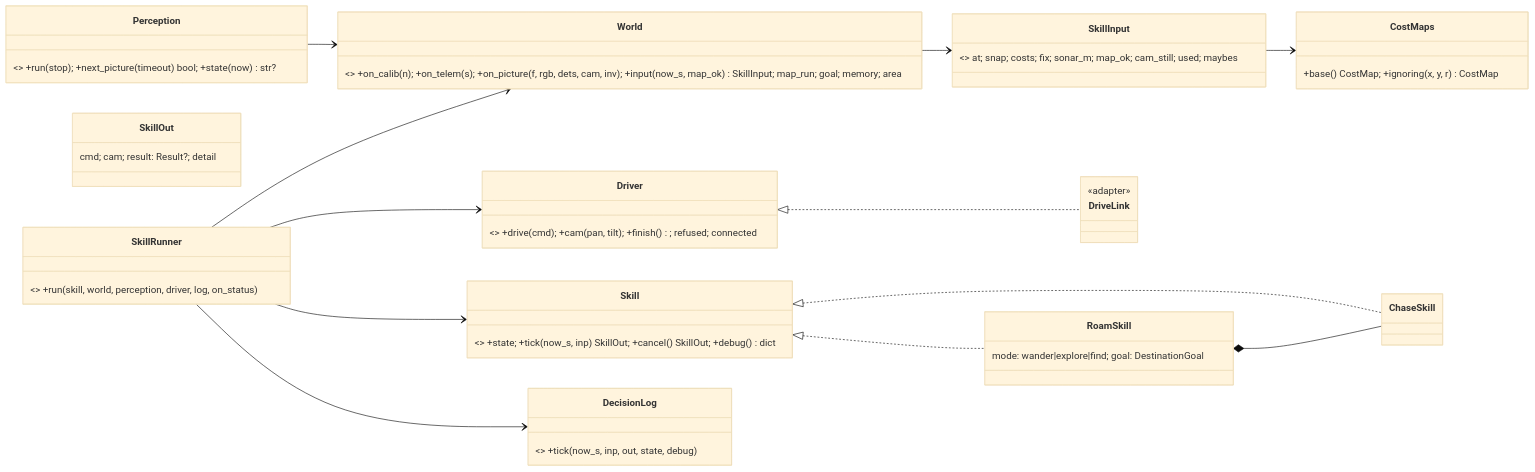
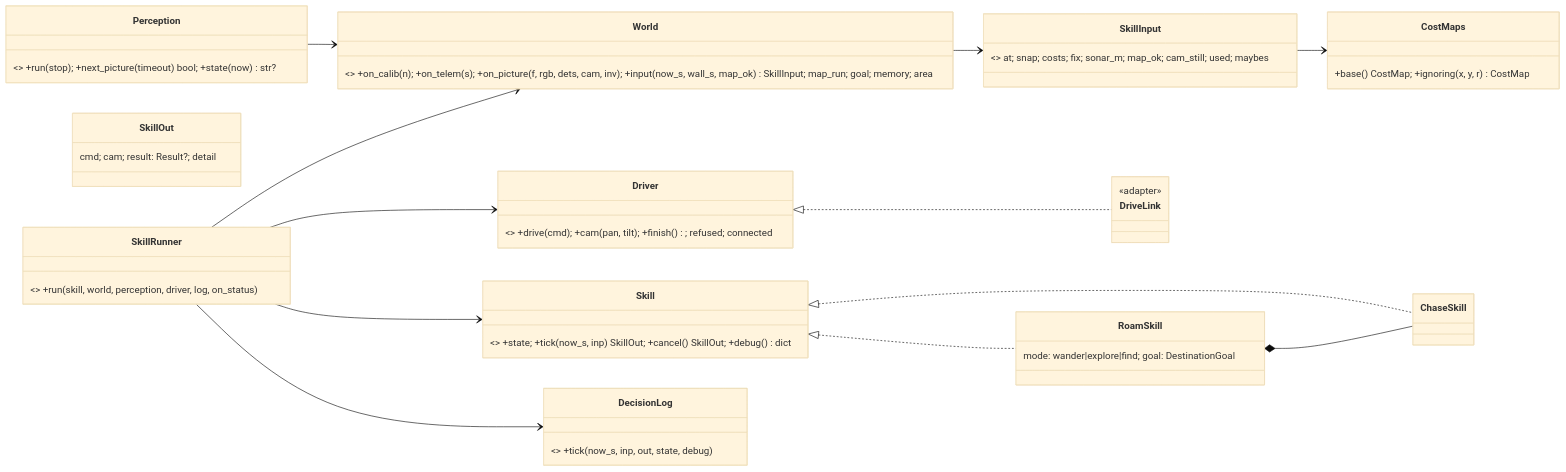
Diagram 43 of 44 in docs/lld/ai-engine-lld.md (mannuray/conqueror), drawn with Mermaid (base theme) before and after one commit. The commit also changed other lines of this file and 1 other file, not shown here.

````diff
--- a/docs/lld/ai-engine-lld.md
+++ b/docs/lld/ai-engine-lld.md
@@ -2245,27 +2245,27 @@
 ```mermaid
 classDiagram
     direction LR
     class Perception { <<app, async>> +run(stop); +next_picture(timeout) bool; +state(now) str? }
-    class World { <<app, pure>> +on_calib(n); +on_telem(s); +on_picture(f, rgb, dets, cam, inv); +input(now_s, map_ok) SkillInput; map_run; goal; memory; area }
+    class World { <<app, pure>> +on_calib(n); +on_telem(s); +on_picture(f, rgb, dets, cam, inv); +input(now_s, wall_s, map_ok) SkillInput; map_run; goal; memory; area }
     class SkillInput { <<frozen>> at; snap; costs; fix; sonar_m; map_ok; cam_still; used; maybes }
     class CostMaps { +base() CostMap; +ignoring(x, y, r) CostMap }
     class Skill { <<protocol>> +state; +tick(now_s, inp) SkillOut; +cancel() SkillOut; +debug() dict }
     class SkillOut { cmd; cam; result: Result?; detail }
     class SkillRunner { <<app>> +run(skill, world, perception, driver, log, on_status) }
     class Driver { <<port>> +drive(cmd); +cam(pan, tilt); +finish(); refused; connected }
     class DriveLink { <<adapter>> }
     class DecisionLog { <<adapter>> +tick(now_s, inp, out, state, debug) }
     class RoamSkill { mode: wander|explore|find; goal: DestinationGoal }
     class ChaseSkill
     Perception --> World
     World --> SkillInput
     SkillInput --> CostMaps
     SkillRunner --> Skill
     SkillRunner --> World
     SkillRunner --> Driver
     SkillRunner --> DecisionLog
     Driver <|.. DriveLink
     Skill <|.. RoamSkill
     Skill <|.. ChaseSkill
     RoamSkill *-- ChaseSkill
 ```
````
